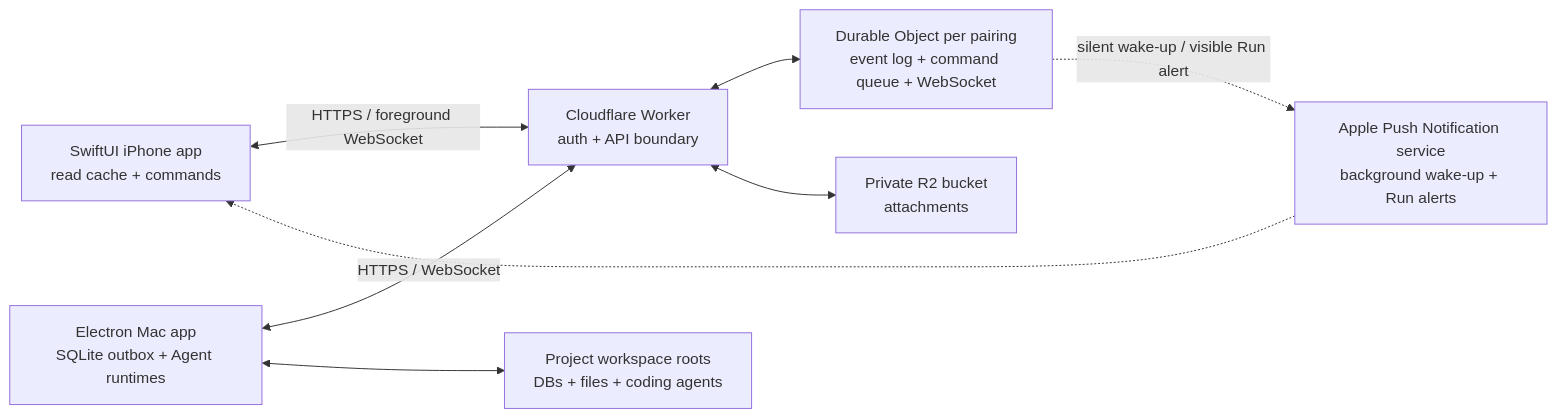
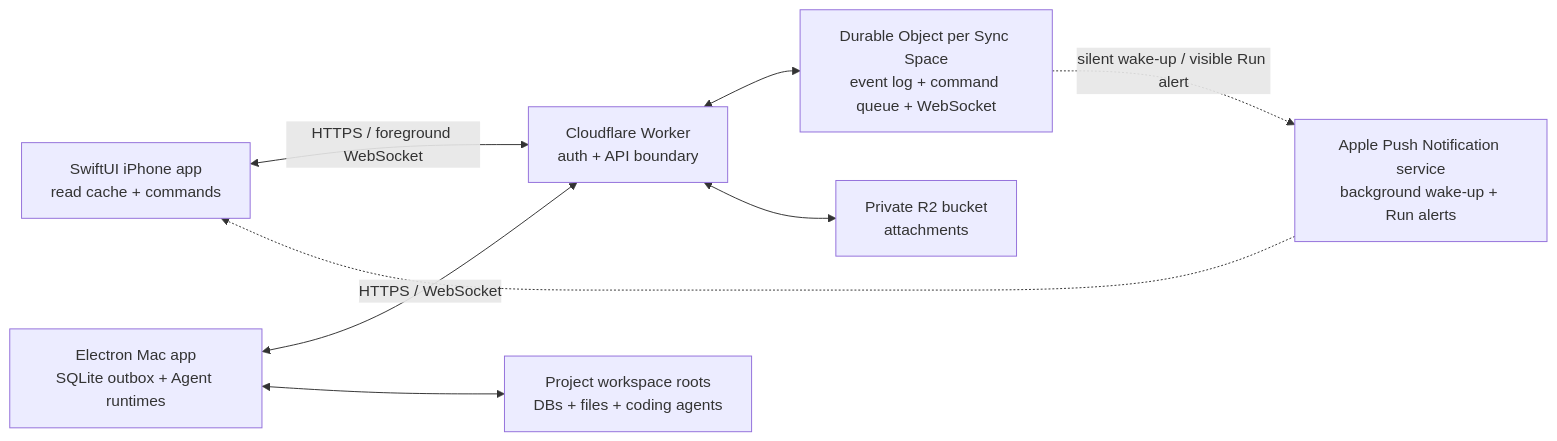
One commit to LIU9293/fuddy changed the diagram in docs/ios-companion-architecture.md. Above: the diagram before and after it, drawn with Mermaid. The commit also changed other lines of this file and 124 other files, not shown here.

````diff
--- a/docs/ios-companion-architecture.md
+++ b/docs/ios-companion-architecture.md
@@ -11,18 +11,18 @@
 ```mermaid
 flowchart LR
   Phone["SwiftUI iPhone app\nread cache + commands"]
   Relay["Cloudflare Worker\nauth + API boundary"]
-  DO["Durable Object per pairing\nevent log + command queue + WebSocket"]
+  DO["Durable Object per Sync Space\nevent log + command queue + WebSocket"]
   R2["Private R2 bucket\nattachments"]
   APNS["Apple Push Notification service\nbackground wake-up + Run alerts"]
   Mac["Electron Mac app\nSQLite outbox + Agent runtimes"]
   Workspaces["Project workspace roots\nDBs + files + coding agents"]
 
   Phone <-->|"HTTPS / foreground WebSocket"| Relay
   Relay <--> DO
   Relay <--> R2
   DO -. "silent wake-up / visible Run alert" .-> APNS
   APNS -.-> Phone
   Mac <-->|"HTTPS / WebSocket"| Relay
   Mac <--> Workspaces
 ```
````
